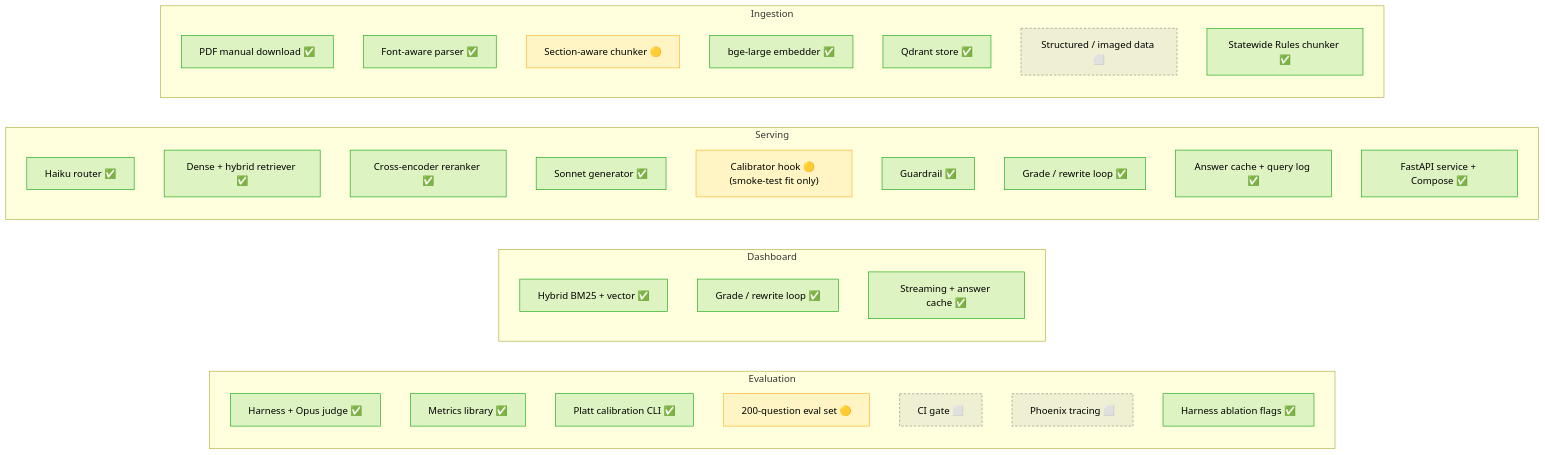
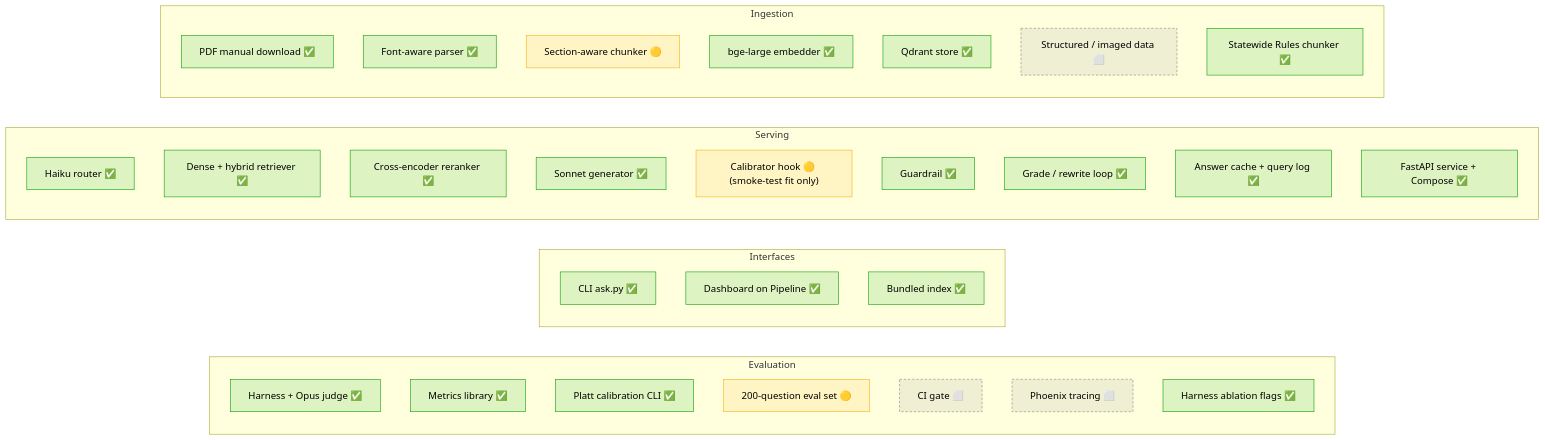
One commit to drealchux/troa changed the second of 8 diagrams in ARCHITECTURE.md. Above: the diagram before and after it, drawn with Mermaid. The commit also changed other lines of this file and 3 other files, not shown here.

Commit message:
Update docs for the CLI, the Pipeline-based dashboard, and the bundled index

````diff
--- a/ARCHITECTURE.md
+++ b/ARCHITECTURE.md
@@ -93,45 +95,45 @@
 ```mermaid
 flowchart LR
     classDef done fill:#0ca30c22,stroke:#0ca30c,color:inherit
     classDef partial fill:#fab21922,stroke:#fab219,color:inherit
     classDef planned fill:#88888822,stroke:#888888,stroke-dasharray:4 3,color:inherit
 
     subgraph Evaluation
         direction TB
         C1["Harness + Opus judge ✅"]:::done
         C2["Metrics library ✅"]:::done
         C3["Platt calibration CLI ✅"]:::done
         C4["200-question eval set 🟡"]:::partial
         C5["CI gate ⬜"]:::planned
         C6["Phoenix tracing ⬜"]:::planned
         C7["Harness ablation flags ✅"]:::done
     end
-    subgraph Dashboard
+    subgraph Interfaces
         direction TB
-        D1["Hybrid BM25 + vector ✅"]:::done
-        D2["Grade / rewrite loop ✅"]:::done
-        D3["Streaming + answer cache ✅"]:::done
+        D1["CLI ask.py ✅"]:::done
+        D2["Dashboard on Pipeline ✅"]:::done
+        D3["Bundled index ✅"]:::done
     end
     subgraph Serving
         direction TB
         B1["Haiku router ✅"]:::done
         B2["Dense + hybrid retriever ✅"]:::done
         B3["Cross-encoder reranker ✅"]:::done
         B4["Sonnet generator ✅"]:::done
         B5["Calibrator hook 🟡 (smoke-test fit only)"]:::partial
         B6["Guardrail ✅"]:::done
         B8["Grade / rewrite loop ✅"]:::done
         B9["Answer cache + query log ✅"]:::done
         B7["FastAPI service + Compose ✅"]:::done
     end
     subgraph Ingestion
         direction TB
         A1["PDF manual download ✅"]:::done
         A2["Font-aware parser ✅"]:::done
         A3["Section-aware chunker 🟡"]:::partial
         A4["bge-large embedder ✅"]:::done
         A5["Qdrant store ✅"]:::done
         A6["Structured / imaged data ⬜"]:::planned
         A7["Statewide Rules chunker ✅"]:::done
     end
 ```
````
